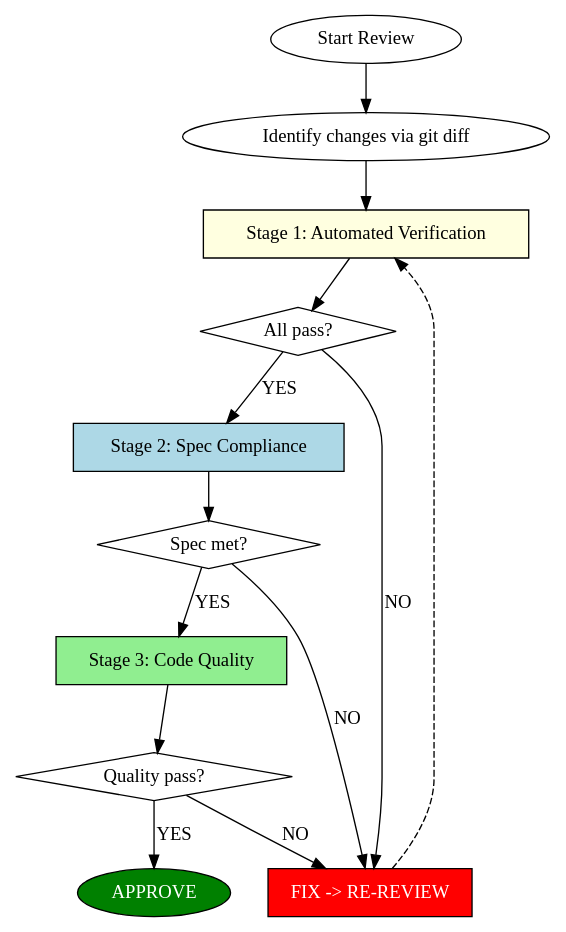
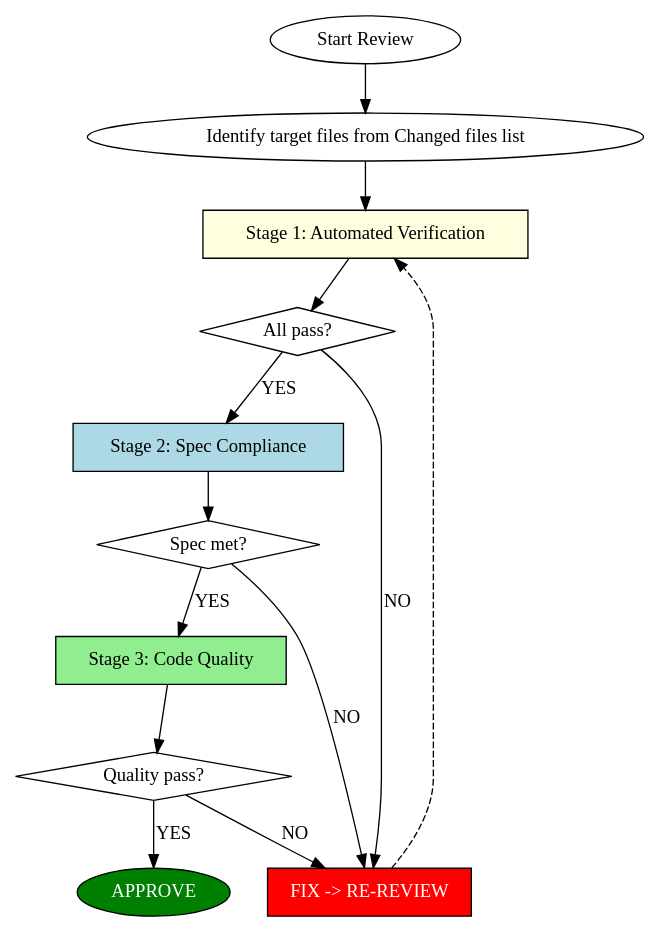
The diagram in skills/argus/SKILL.md (toongri/oh-my-toong-playground), drawn with Graphviz before and after one commit. The commit also changed other lines of this file and 1 other file, not shown here.

First line of the commit message:
refactor: argus 검증을 git diff에서 파일 읽기로 전환

````diff
--- a/skills/argus/SKILL.md
+++ b/skills/argus/SKILL.md
@@ -24,27 +24,27 @@
 ```dot
 digraph review_stages {
     rankdir=TB;
 
     start [label="Start Review" shape=ellipse];
-    diff [label="Identify changes via git diff"];
+    diff [label="Identify target files from Changed files list"];
     stage1 [label="Stage 1: Automated Verification" shape=box style=filled fillcolor=lightyellow];
     verify_pass [label="All pass?" shape=diamond];
     stage2 [label="Stage 2: Spec Compliance" shape=box style=filled fillcolor=lightblue];
     spec_pass [label="Spec met?" shape=diamond];
     stage3 [label="Stage 3: Code Quality" shape=box style=filled fillcolor=lightgreen];
     quality_pass [label="Quality pass?" shape=diamond];
     approve [label="APPROVE" shape=ellipse style=filled fillcolor=green fontcolor=white];
     fix [label="FIX -> RE-REVIEW" shape=box style=filled fillcolor=red fontcolor=white];
 
     start -> diff -> stage1 -> verify_pass;
     verify_pass -> fix [label="NO"];
     verify_pass -> stage2 [label="YES"];
     fix -> stage1 [style=dashed];
     stage2 -> spec_pass;
     spec_pass -> fix [label="NO"];
     spec_pass -> stage3 [label="YES"];
     stage3 -> quality_pass;
     quality_pass -> fix [label="NO"];
     quality_pass -> approve [label="YES"];
 }
 ```
````
